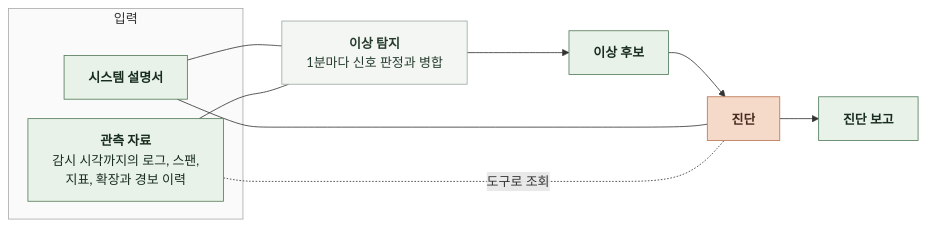
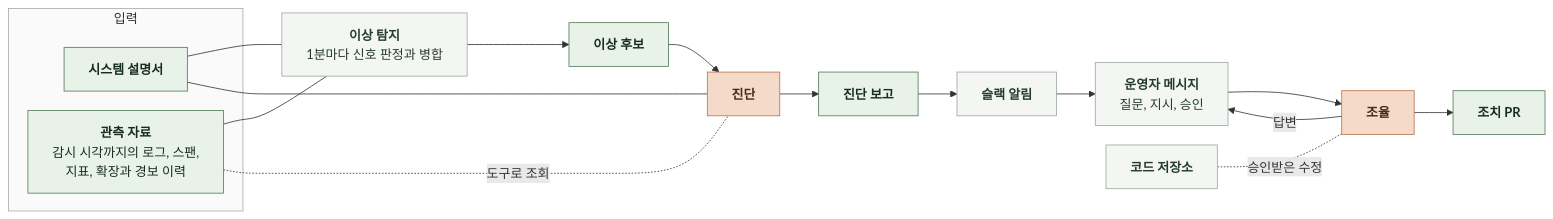
One commit to KIM-N-KANG/knk-harness changed the first of 3 diagrams in docs/domain/OBSERVABILITY/AI/3-TASK-DEFINITION.md. Above: the diagram before and after it, drawn with Mermaid. The commit also changed other lines of this file and 16 other files, not shown here.

````diff
--- a/docs/domain/OBSERVABILITY/AI/3-TASK-DEFINITION.md
+++ b/docs/domain/OBSERVABILITY/AI/3-TASK-DEFINITION.md
@@ -11,29 +11,41 @@
 ```mermaid
 %%{init: {"flowchart": {"curve": "basis", "nodeSpacing": 24, "rankSpacing": 48}}}%%
 flowchart LR
     subgraph IN["입력"]
         S["`**시스템 설명서**`"]
         L["`**관측 자료**
 감시 시각까지의 로그, 스팬,
 지표, 확장과 경보 이력`"]
     end
     W["`**이상 탐지**
 1분마다 신호 판정과 병합`"]
     C["`**이상 후보**`"]
     A["`**진단**`"]
     R["`**진단 보고**`"]
+    N["`**슬랙 알림**`"]
+    O["`**운영자 메시지**
+질문, 지시, 승인`"]
+    T["`**조율**`"]
+    G["`**코드 저장소**`"]
+    P["`**조치 PR**`"]
     S --- W
     L --- W
     W --> C
     C --> A
     S --- A
     L -.-|도구로 조회| A
     A --> R
+    R --> N
+    N --> O
+    O --> T
+    T -->|답변| O
+    G -.-|승인받은 수정| T
+    T --> P
     classDef data fill:#E8F2E8,stroke:#527A59,color:#182D1D
     classDef model fill:#F5D9C9,stroke:#B97450,color:#452B1D
     classDef code fill:#F4F6F4,stroke:#9BA99E,color:#253C2C
-    class L,S,C,R data
-    class A model
-    class W code
+    class L,S,C,R,P data
+    class A,T model
+    class W,N,O,G code
     style IN fill:#FAFAFA,stroke:#AAAAAA
 ```
````
